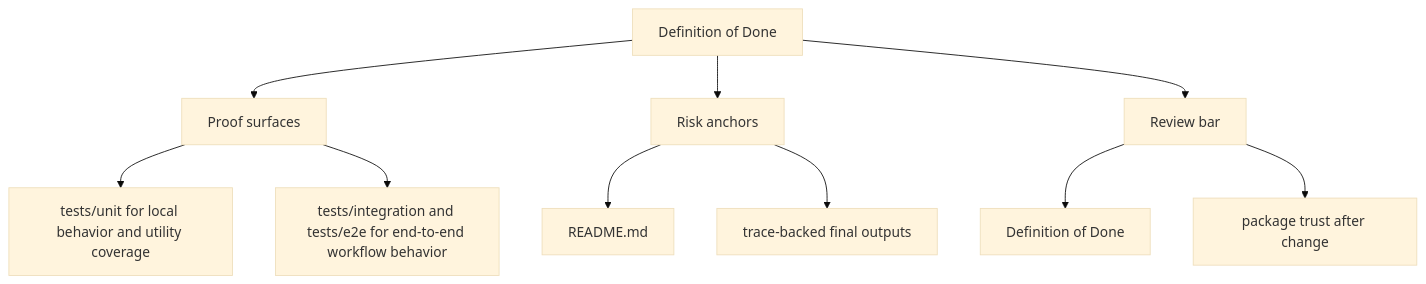
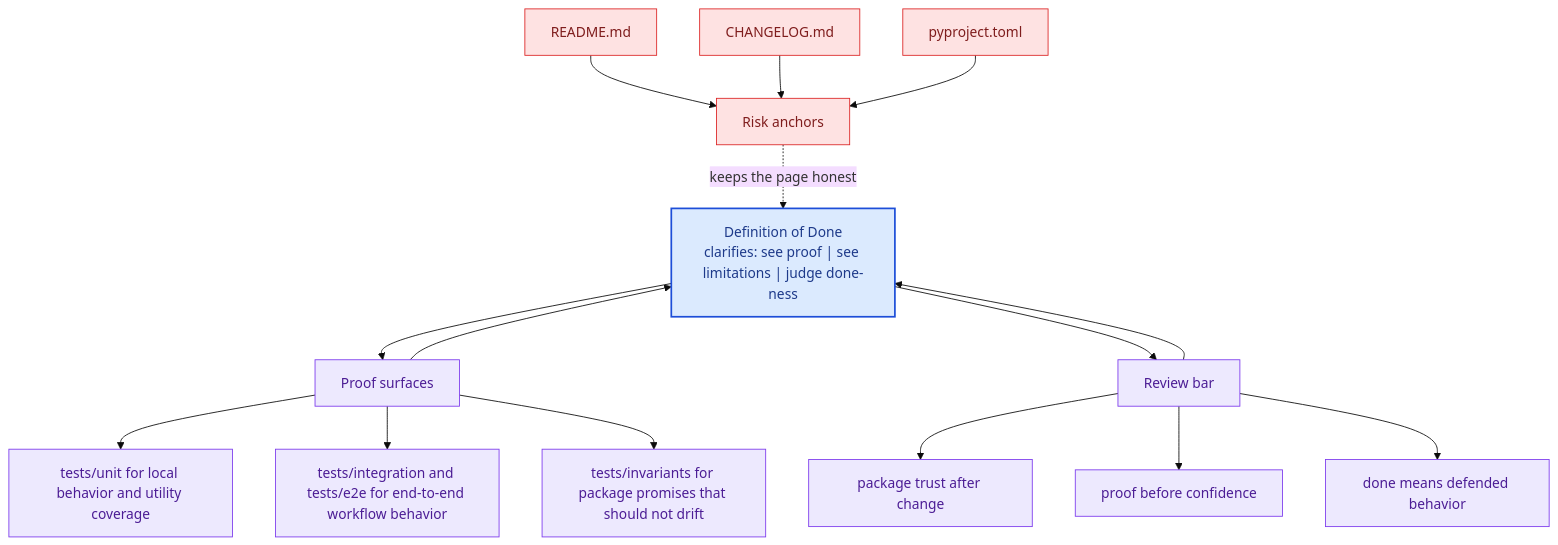
One commit to bijux/bijux-canon changed the second of 2 diagrams in docs/bijux-canon-agent/quality/definition-of-done.md. Above: the diagram before and after it, drawn with Mermaid (base theme). The commit also changed other lines of this file and 281 other files, not shown here.

Commit message:
docs(diagrams): deepen handbook mermaid maps across the catalog

````diff
--- a/docs/bijux-canon-agent/quality/definition-of-done.md
+++ b/docs/bijux-canon-agent/quality/definition-of-done.md
@@ -34,22 +67,41 @@
 ```mermaid
-flowchart TD
-    page["Definition of Done"]
+flowchart TB
+    promise["Definition of Done<br/>clarifies: see proof | see limitations | judge done-ness"]
+    classDef promise fill:#dbeafe,stroke:#1d4ed8,color:#1e3a8a,stroke-width:2px;
+    classDef driver fill:#dcfce7,stroke:#16a34a,color:#14532d;
+    classDef constraint fill:#fee2e2,stroke:#dc2626,color:#7f1d1d;
+    classDef ground fill:#ede9fe,stroke:#7c3aed,color:#4c1d95;
     focus1["Proof surfaces"]
-    page --> focus1
+    focus1 --> promise
+    promise --> focus1
     focus1_1["tests/unit for local behavior and utility coverage"]
     focus1 --> focus1_1
     focus1_2["tests/integration and tests/e2e for end-to-end workflow behavior"]
     focus1 --> focus1_2
+    focus1_3["tests/invariants for package promises that should not drift"]
+    focus1 --> focus1_3
+    class focus1 ground;
+    class focus1_1,focus1_2,focus1_3 ground;
     focus2["Risk anchors"]
-    page --> focus2
+    focus2 -.keeps the page honest.-> promise
     focus2_1["README.md"]
-    focus2 --> focus2_1
-    focus2_2["trace-backed final outputs"]
-    focus2 --> focus2_2
+    focus2_1 --> focus2
+    focus2_2["CHANGELOG.md"]
+    focus2_2 --> focus2
+    focus2_3["pyproject.toml"]
+    focus2_3 --> focus2
+    class focus2 constraint;
+    class focus2_1,focus2_2,focus2_3 constraint;
     focus3["Review bar"]
-    page --> focus3
-    focus3_1["Definition of Done"]
+    focus3 --> promise
+    promise --> focus3
+    focus3_1["package trust after change"]
     focus3 --> focus3_1
-    focus3_2["package trust after change"]
+    focus3_2["proof before confidence"]
     focus3 --> focus3_2
+    focus3_3["done means defended behavior"]
+    focus3 --> focus3_3
+    class focus3 ground;
+    class focus3_1,focus3_2,focus3_3 ground;
+    class promise promise;
 ```
````
